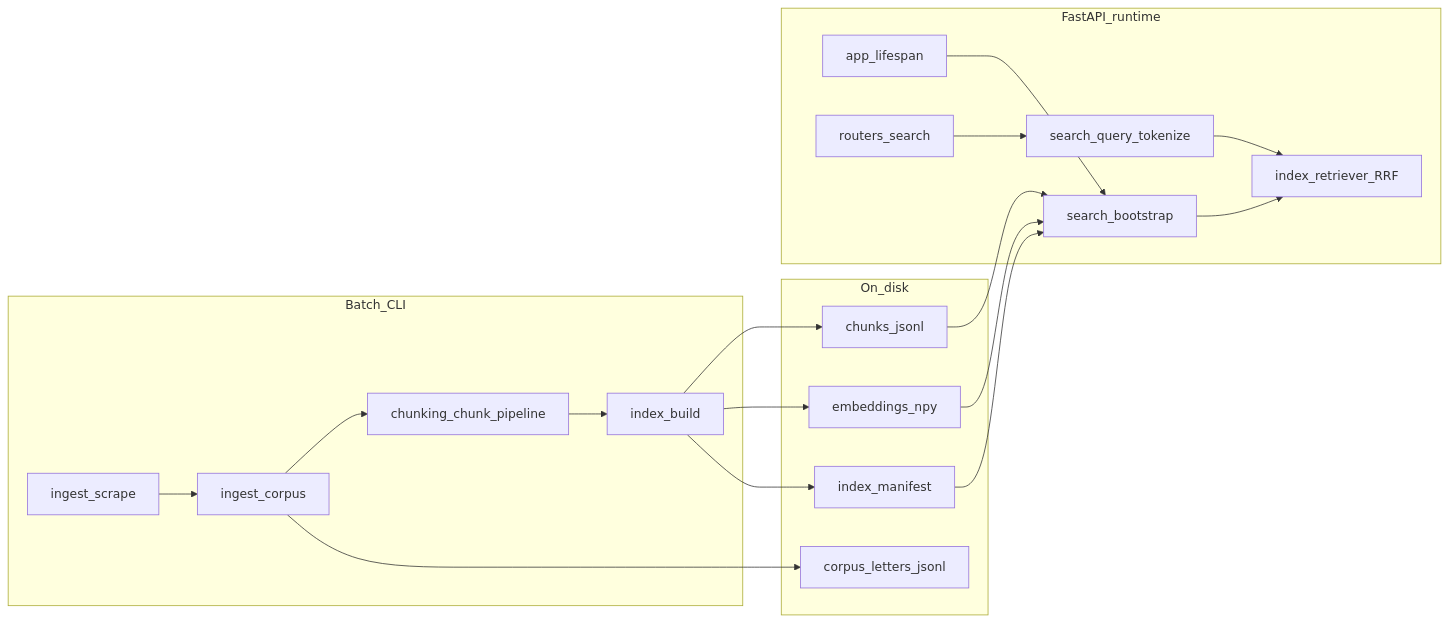
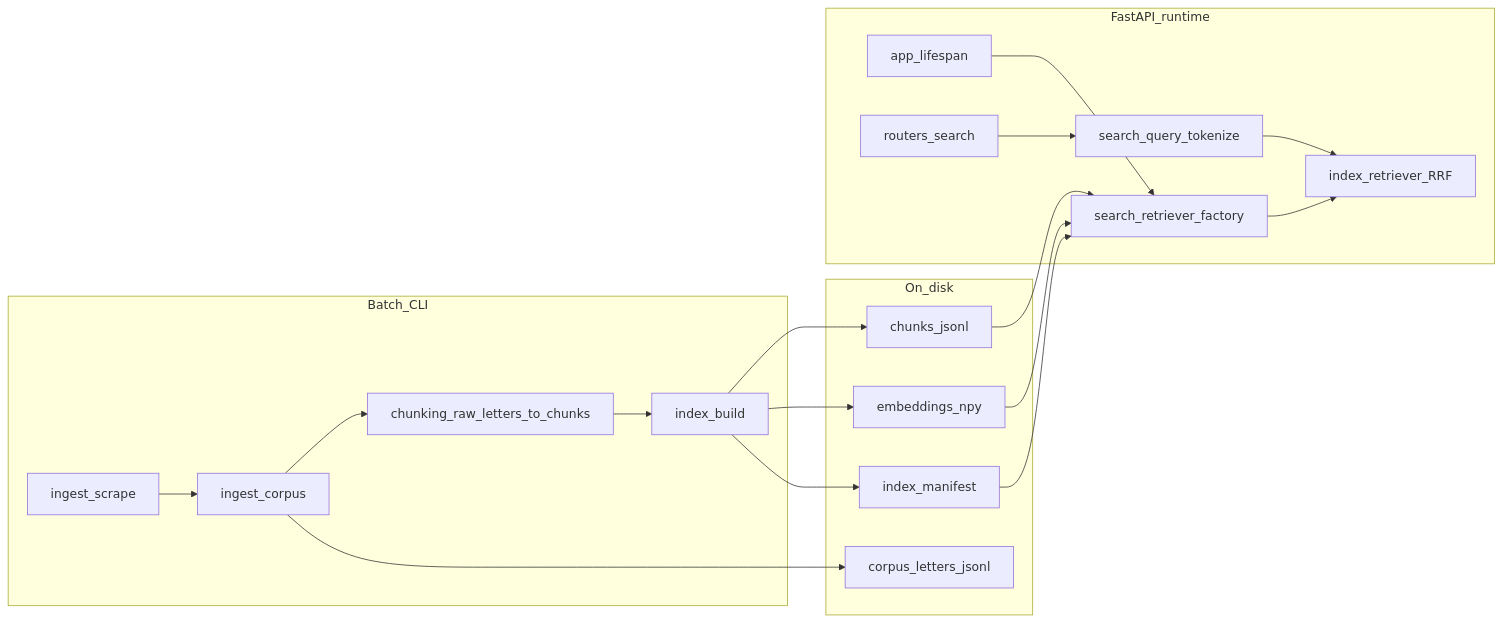
The diagram in fda-regulations/docs/mental-model-code-review.md (DiandreRuiz/interview-ai-engineer), drawn with Mermaid before and after one commit. The commit also changed other lines of this file and 3 other files, not shown here.

````diff
--- a/fda-regulations/docs/mental-model-code-review.md
+++ b/fda-regulations/docs/mental-model-code-review.md
@@ -9,36 +9,36 @@
 ```mermaid
 flowchart LR
   subgraph batch [Batch_CLI]
     scrape[ingest_scrape]
     corpus[ingest_corpus]
-    chunk[chunking_chunk_pipeline]
+    chunk[chunking_raw_letters_to_chunks]
     build[index_build]
     scrape --> corpus
     corpus --> chunk
     chunk --> build
   end
   subgraph artifacts [On_disk]
     letters[corpus_letters_jsonl]
     chunks[chunks_jsonl]
     emb[embeddings_npy]
     manifest[index_manifest]
   end
   corpus --> letters
   build --> chunks
   build --> emb
   build --> manifest
   subgraph api [FastAPI_runtime]
     life[app_lifespan]
-    boot[search_bootstrap]
+    rfact[search_retriever_factory]
     prep[search_query_tokenize]
     ret[index_retriever_RRF]
     route[routers_search]
-    life --> boot
-    boot --> ret
+    life --> rfact
+    rfact --> ret
     route --> prep
     prep --> ret
   end
-  manifest --> boot
-  chunks --> boot
-  emb --> boot
+  manifest --> rfact
+  chunks --> rfact
+  emb --> rfact
 ```
````
